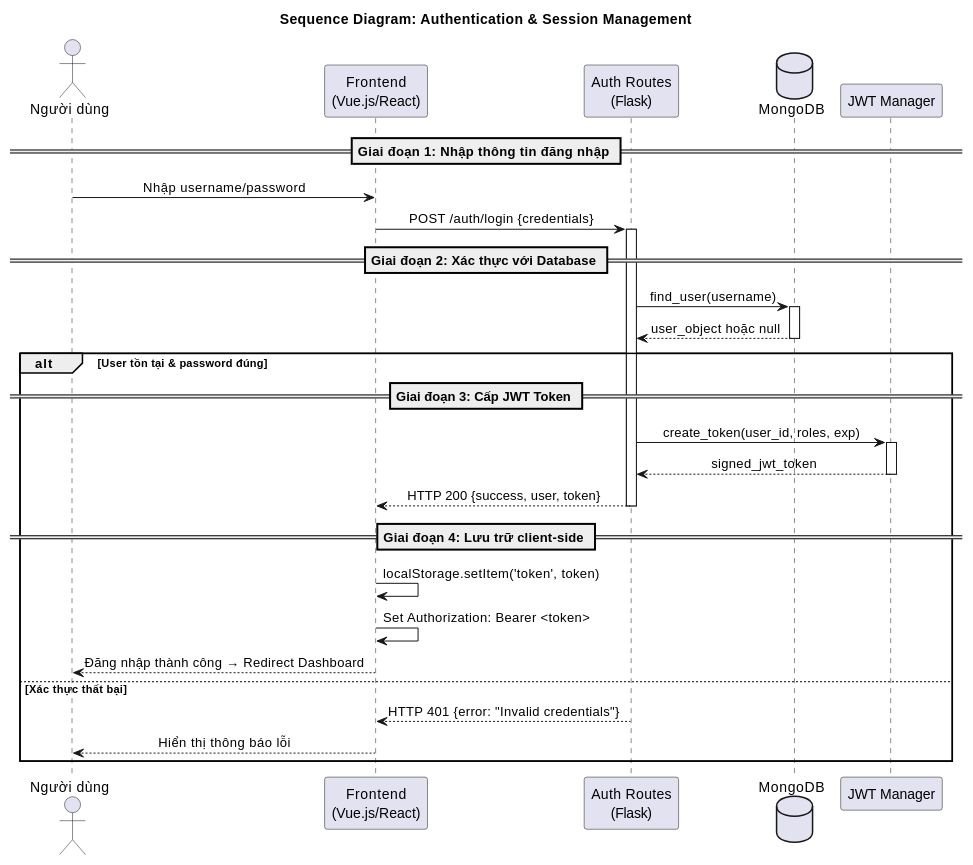
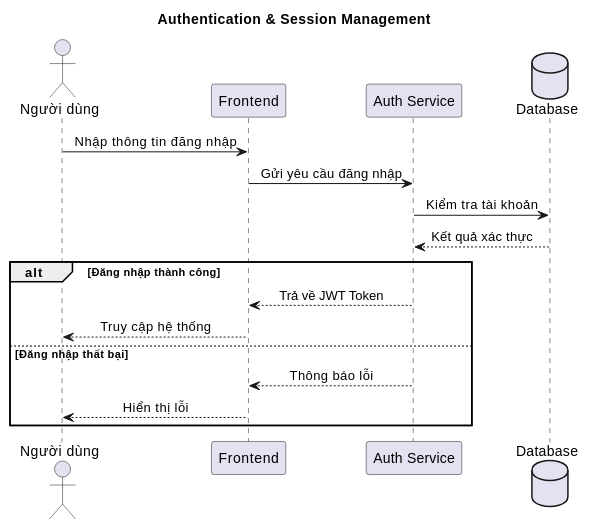
The fifth of 12 diagrams in diagram.md (vien10022003/MarketMind-AI), drawn with PlantUML before and after one commit. The commit also changed other lines of this file, not shown here.

Commit message:
chỉnh sửa các biểu đồ trong báo cáo để dễ nhìn và dễ đọc hơn

```diff
--- a/diagram.md
+++ b/diagram.md
@@ -147,44 +146,26 @@
-@startuml Authentication_Flow
-title Sequence Diagram: Authentication & Session Management
+@startuml Authentication_Flow_Simplified
+title Authentication & Session Management
+
 skinparam sequenceMessageAlign center
 skinparam participantStyle rectangular
 
-actor "Người dùng" as User
-participant "Frontend\n(Vue.js/React)" as FE
-participant "Auth Routes\n(Flask)" as Auth
-database "MongoDB" as DB
-participant "JWT Manager" as JWT
+actor User as "Người dùng"
+participant FE as "Frontend"
+participant Auth as "Auth Service"
+database DB as "Database"
 
-== Giai đoạn 1: Nhập thông tin đăng nhập ==
-User -> FE: Nhập username/password
-FE -> Auth: POST /auth/login {credentials}
+User -> FE: Nhập thông tin đăng nhập
+FE -> Auth: Gửi yêu cầu đăng nhập
 
-== Giai đoạn 2: Xác thực với Database ==
-activate Auth
-Auth -> DB: find_user(username)
-activate DB
-DB --> Auth: user_object hoặc null
-deactivate DB
+Auth -> DB: Kiểm tra tài khoản
+DB --> Auth: Kết quả xác thực
 
-alt User tồn tại & password đúng
-    == Giai đoạn 3: Cấp JWT Token ==
-    Auth -> JWT: create_token(user_id, roles, exp)
-    activate JWT
-    JWT --> Auth: signed_jwt_token
-    deactivate JWT
-    
-    Auth --> FE: HTTP 200 {success, user, token}
-    deactivate Auth
-    
-    == Giai đoạn 4: Lưu trữ client-side ==
-    FE -> FE: localStorage.setItem('token', token)
-    FE -> FE: Set Authorization: Bearer <token>
-    FE --> User: Đăng nhập thành công → Redirect Dashboard
-
-else Xác thực thất bại
-    Auth --> FE: HTTP 401 {error: "Invalid credentials"}
-    deactivate Auth
-    FE --> User: Hiển thị thông báo lỗi
+alt Đăng nhập thành công
+Auth --> FE: Trả về JWT Token
+FE --> User: Truy cập hệ thống
+else Đăng nhập thất bại
+Auth --> FE: Thông báo lỗi
+FE --> User: Hiển thị lỗi
 end
 
 @enduml
```
